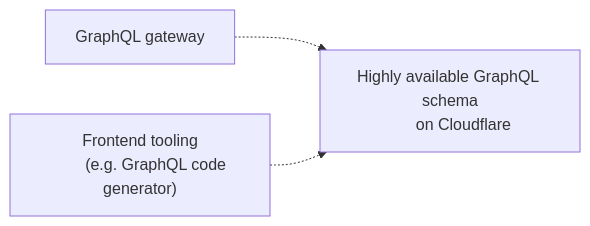
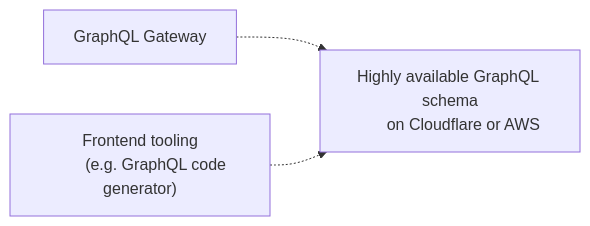
One commit to graphql-hive/console changed the first of 2 diagrams in packages/web/docs/src/content/schema-registry/high-availability-cdn.mdx. Above: the diagram before and after it, drawn with Mermaid. The commit also changed other lines of this file, not shown here.

````diff
--- a/packages/web/docs/src/content/schema-registry/high-availability-cdn.mdx
+++ b/packages/web/docs/src/content/schema-registry/high-availability-cdn.mdx
@@ -14,9 +27,9 @@
 ```mermaid
 
 flowchart LR
-    A["GraphQL gateway"] -.-> C["Highly available GraphQL schema
-      on Cloudflare"]
+    A["GraphQL Gateway"] -.-> C["Highly available GraphQL schema
+      on Cloudflare or AWS"]
     B["Frontend tooling
         (e.g. GraphQL code generator)"] -.-> C
 
 ```
````
